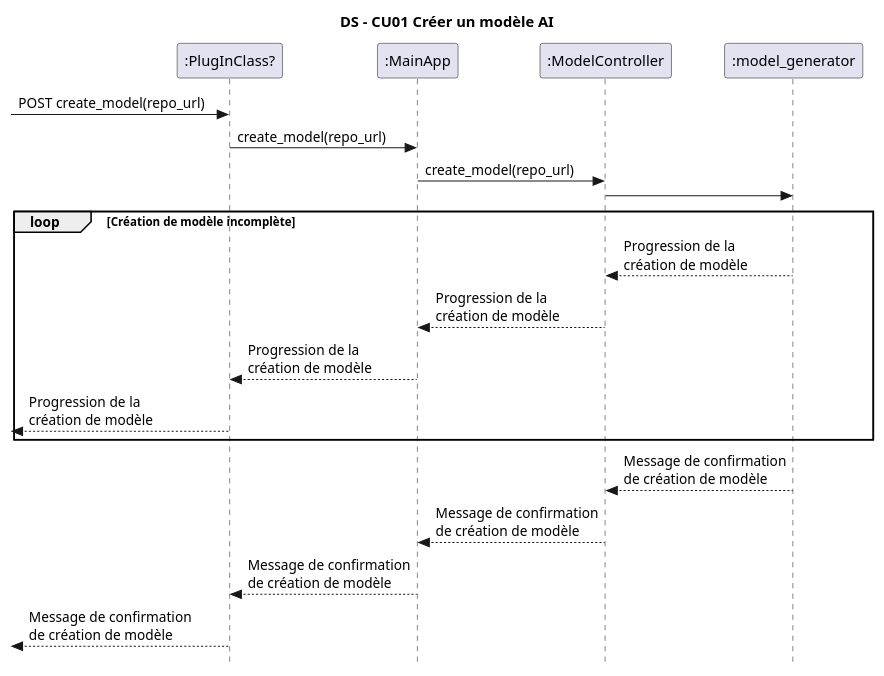
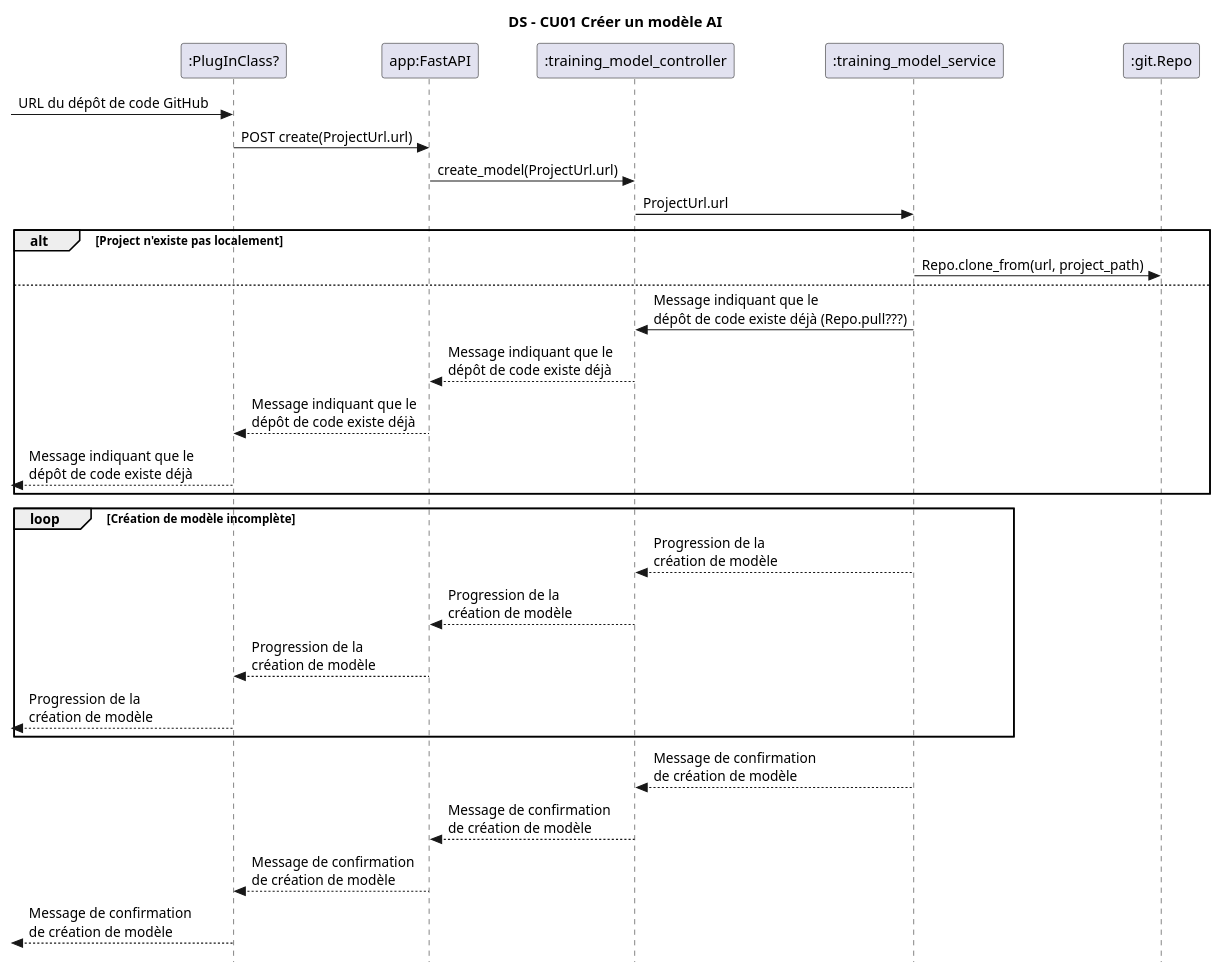
One commit to DaREf-MS/log-density-plugin changed the diagram in artifacts/ds_cu01.puml. Above: the diagram before and after it, drawn with PlantUML. The commit also changed 1 other file, not shown here.

Commit message:
Small update on diagrams, more to come

```diff
--- a/artifacts/ds_cu01.puml
+++ b/artifacts/ds_cu01.puml
@@ -1,27 +1,37 @@
 @startuml
 title DS - CU01 Créer un modèle AI
 skinparam style strictuml
 
 participant ":PlugInClass?" as plugin
-participant ":MainApp" as main
-participant ":ModelController" as modelController
-participant ":model_generator" as model_generator
+participant "app:FastAPI" as app
+participant ":training_model_controller" as modelController
+participant ":training_model_service" as modelService
+participant ":git.Repo" as github
 
--> plugin : POST create_model(repo_url)
+-> plugin : URL du dépôt de code GitHub
 
-plugin -> main : create_model(repo_url)
-main -> modelController : create_model(repo_url)
-modelController -> model_generator
+plugin -> app : POST create(ProjectUrl.url)
+app -> modelController : create_model(ProjectUrl.url)
+modelController -> modelService : ProjectUrl.url
+
+alt Project n'existe pas localement
+    modelService -> github : Repo.clone_from(url, project_path)
+else
+    modelService -> modelController : Message indiquant que le\ndépôt de code existe déjà (Repo.pull???)
+    modelController --> app : Message indiquant que le\ndépôt de code existe déjà
+    app --> plugin : Message indiquant que le\ndépôt de code existe déjà
+    <-- plugin : Message indiquant que le\ndépôt de code existe déjà
+end
 
 loop Création de modèle incomplète
-    model_generator --> modelController : Progression de la\ncréation de modèle
-    modelController --> main : Progression de la\ncréation de modèle
-    main --> plugin : Progression de la\ncréation de modèle
+    modelService --> modelController : Progression de la\ncréation de modèle
+    modelController --> app : Progression de la\ncréation de modèle
+    app --> plugin : Progression de la\ncréation de modèle
     <-- plugin : Progression de la\ncréation de modèle
 end
 
-model_generator --> modelController : Message de confirmation\nde création de modèle
-modelController --> main : Message de confirmation\nde création de modèle
-main --> plugin : Message de confirmation\nde création de modèle
+modelService --> modelController : Message de confirmation\nde création de modèle
+modelController --> app : Message de confirmation\nde création de modèle
+app --> plugin : Message de confirmation\nde création de modèle
 <-- plugin : Message de confirmation\nde création de modèle
 @enduml
```
